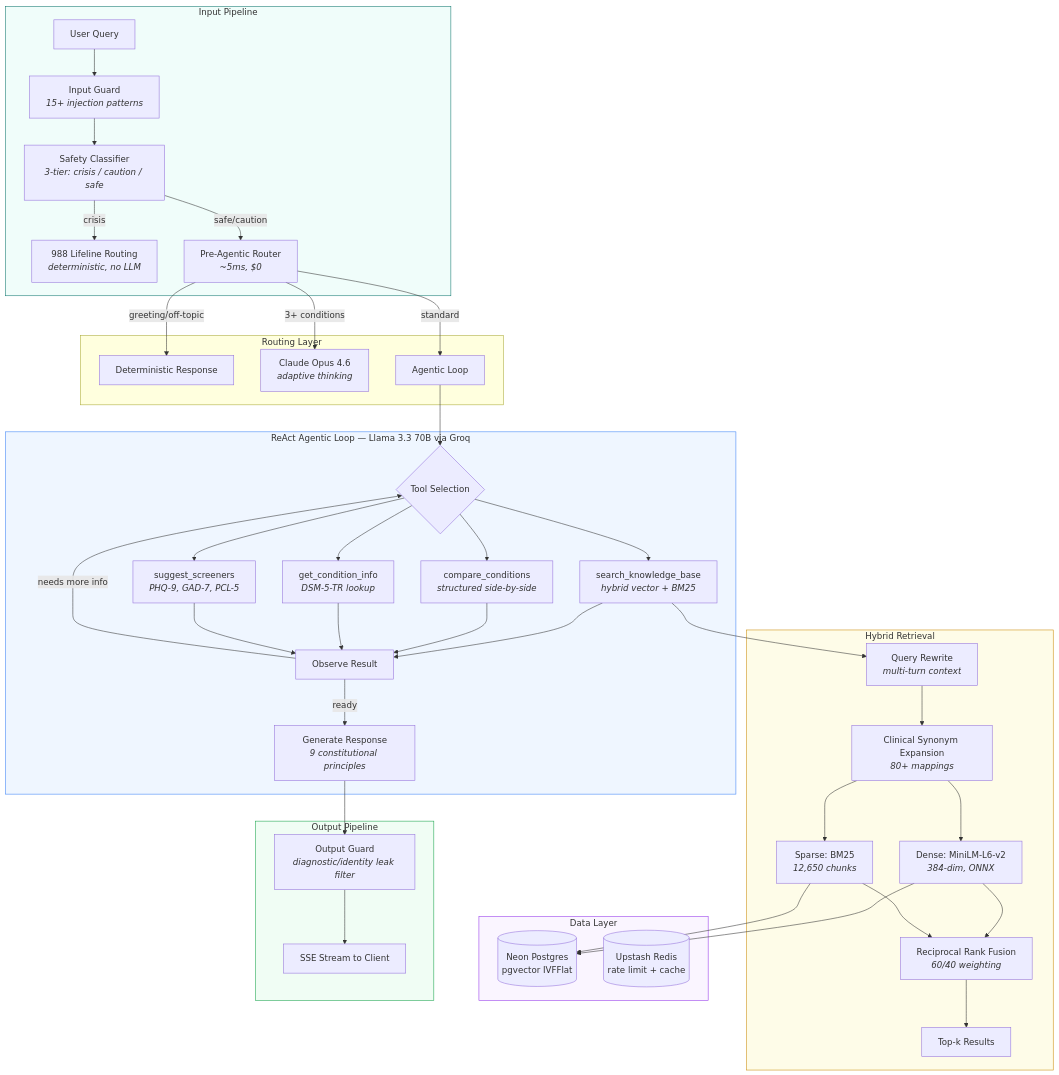
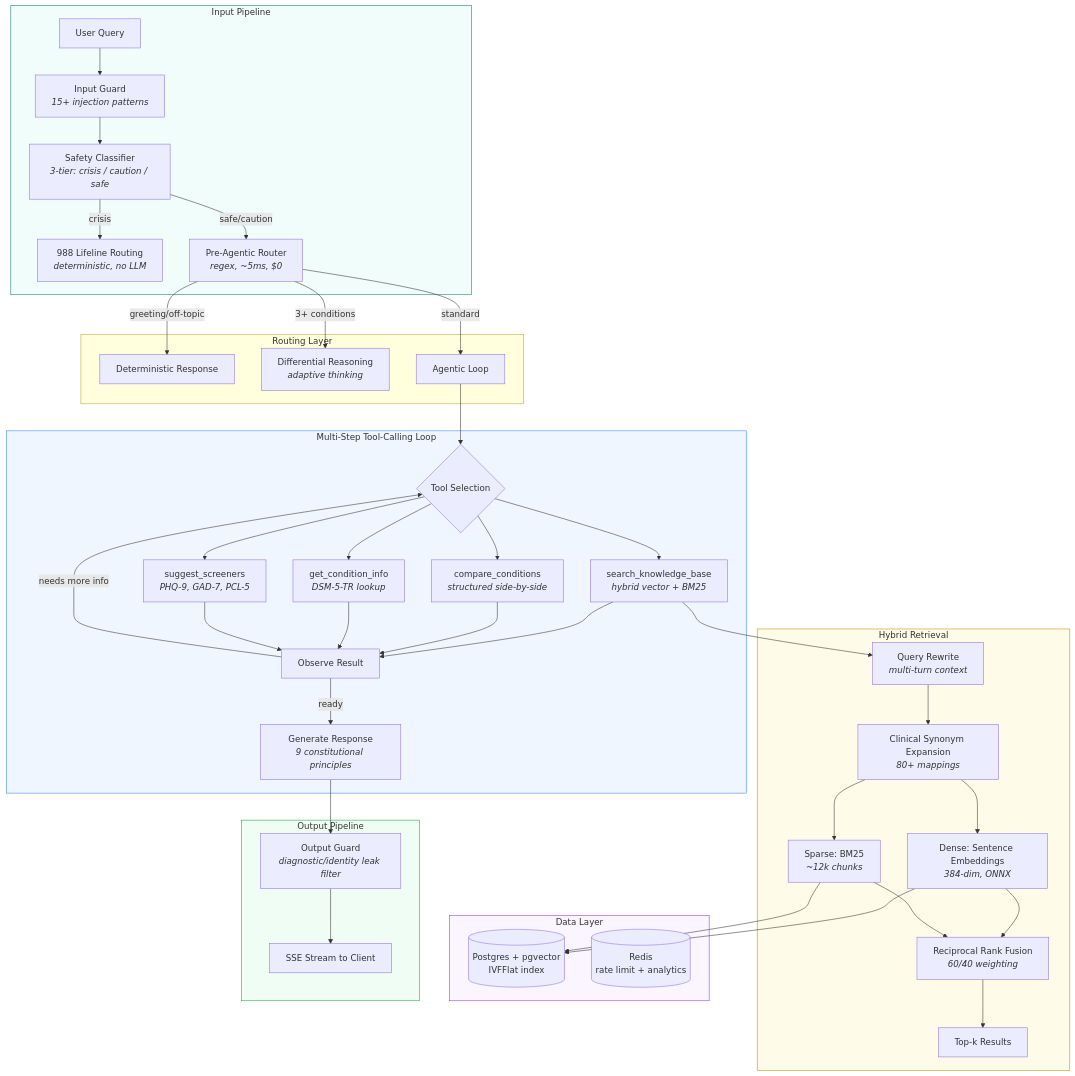
One commit to Robby955/MoodSpan changed the diagram in README.md. Above: the diagram before and after it, drawn with Mermaid. The commit also changed other lines of this file, not shown here.

````diff
--- a/README.md
+++ b/README.md
@@ -11,53 +11,53 @@
 ```mermaid
 flowchart TB
     subgraph Input["Input Pipeline"]
         U[User Query] --> IG[Input Guard<br/><i>15+ injection patterns</i>]
         IG --> SC[Safety Classifier<br/><i>3-tier: crisis / caution / safe</i>]
         SC -->|crisis| CR[988 Lifeline Routing<br/><i>deterministic, no LLM</i>]
-        SC -->|safe/caution| RT[Pre-Agentic Router<br/><i>~5ms, $0</i>]
+        SC -->|safe/caution| RT[Pre-Agentic Router<br/><i>regex, ~5ms, $0</i>]
     end
 
     subgraph Router["Routing Layer"]
         RT -->|greeting/off-topic| DET[Deterministic Response]
-        RT -->|3+ conditions| CLAUDE[Claude Opus 4.6<br/><i>adaptive thinking</i>]
+        RT -->|3+ conditions| DIFF[Differential Reasoning<br/><i>adaptive thinking</i>]
         RT -->|standard| AGENT[Agentic Loop]
     end
 
-    subgraph Agent["ReAct Agentic Loop — Llama 3.3 70B via Groq"]
+    subgraph Agent["Multi-Step Tool-Calling Loop"]
         AGENT --> TC{Tool Selection}
         TC --> T1[search_knowledge_base<br/><i>hybrid vector + BM25</i>]
         TC --> T2[compare_conditions<br/><i>structured side-by-side</i>]
         TC --> T3[get_condition_info<br/><i>DSM-5-TR lookup</i>]
         TC --> T4[suggest_screeners<br/><i>PHQ-9, GAD-7, PCL-5</i>]
         T1 & T2 & T3 & T4 --> OBS[Observe Result]
         OBS -->|needs more info| TC
         OBS -->|ready| GEN[Generate Response<br/><i>9 constitutional principles</i>]
     end
 
     subgraph Retrieval["Hybrid Retrieval"]
         T1 --> QR[Query Rewrite<br/><i>multi-turn context</i>]
         QR --> QE[Clinical Synonym Expansion<br/><i>80+ mappings</i>]
-        QE --> VEC[Dense: MiniLM-L6-v2<br/><i>384-dim, ONNX</i>]
-        QE --> BM[Sparse: BM25<br/><i>12,650 chunks</i>]
+        QE --> VEC[Dense: Sentence Embeddings<br/><i>384-dim, ONNX</i>]
+        QE --> BM[Sparse: BM25<br/><i>~12k chunks</i>]
         VEC & BM --> RRF[Reciprocal Rank Fusion<br/><i>60/40 weighting</i>]
         RRF --> TOP[Top-k Results]
     end
 
     subgraph Storage["Data Layer"]
-        PG[(Neon Postgres<br/>pgvector IVFFlat)]
-        RD[(Upstash Redis<br/>rate limit + cache)]
+        PG[(Postgres + pgvector<br/>IVFFlat index)]
+        RD[(Redis<br/>rate limit + analytics)]
         VEC --> PG
         BM --> PG
     end
 
     subgraph Output["Output Pipeline"]
         GEN --> OG[Output Guard<br/><i>diagnostic/identity leak filter</i>]
         OG --> SSE[SSE Stream to Client]
     end
 
     style Input fill:#f0fdfa,stroke:#0f766e
     style Agent fill:#eff6ff,stroke:#3b82f6
     style Retrieval fill:#fefce8,stroke:#ca8a04
     style Output fill:#f0fdf4,stroke:#16a34a
     style Storage fill:#faf5ff,stroke:#9333ea
 ```
````
